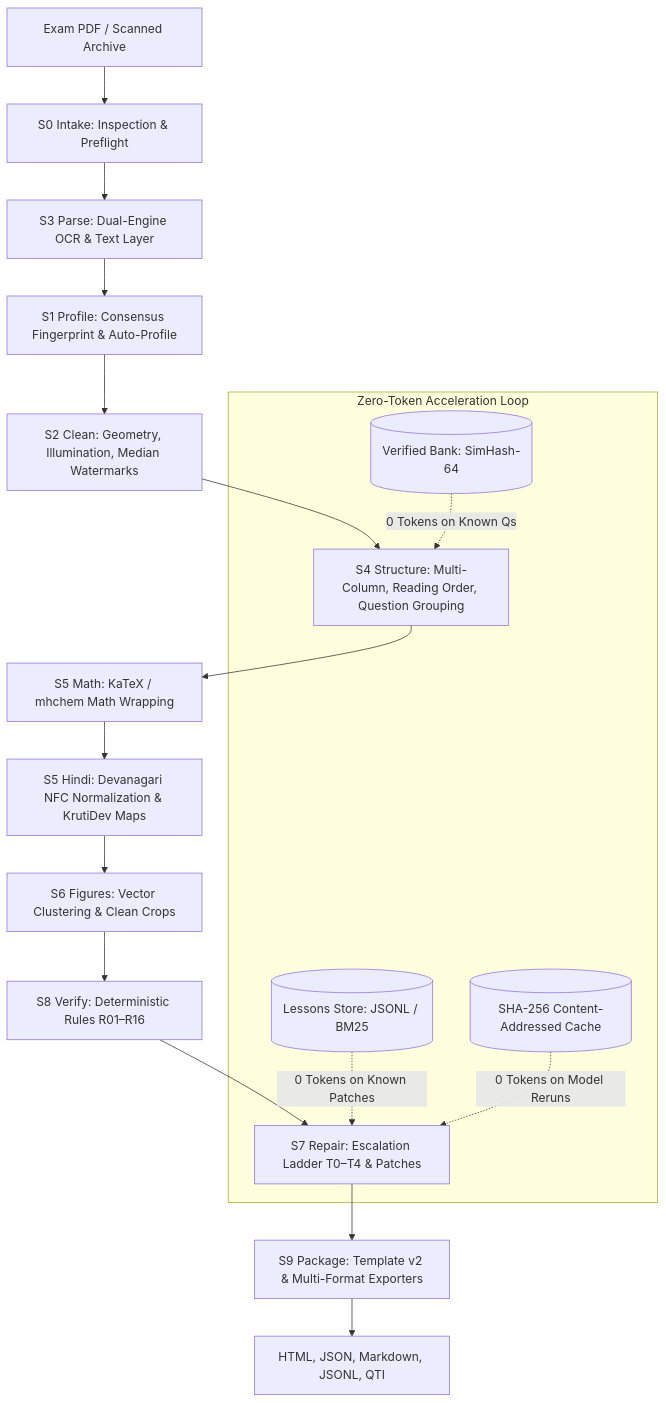
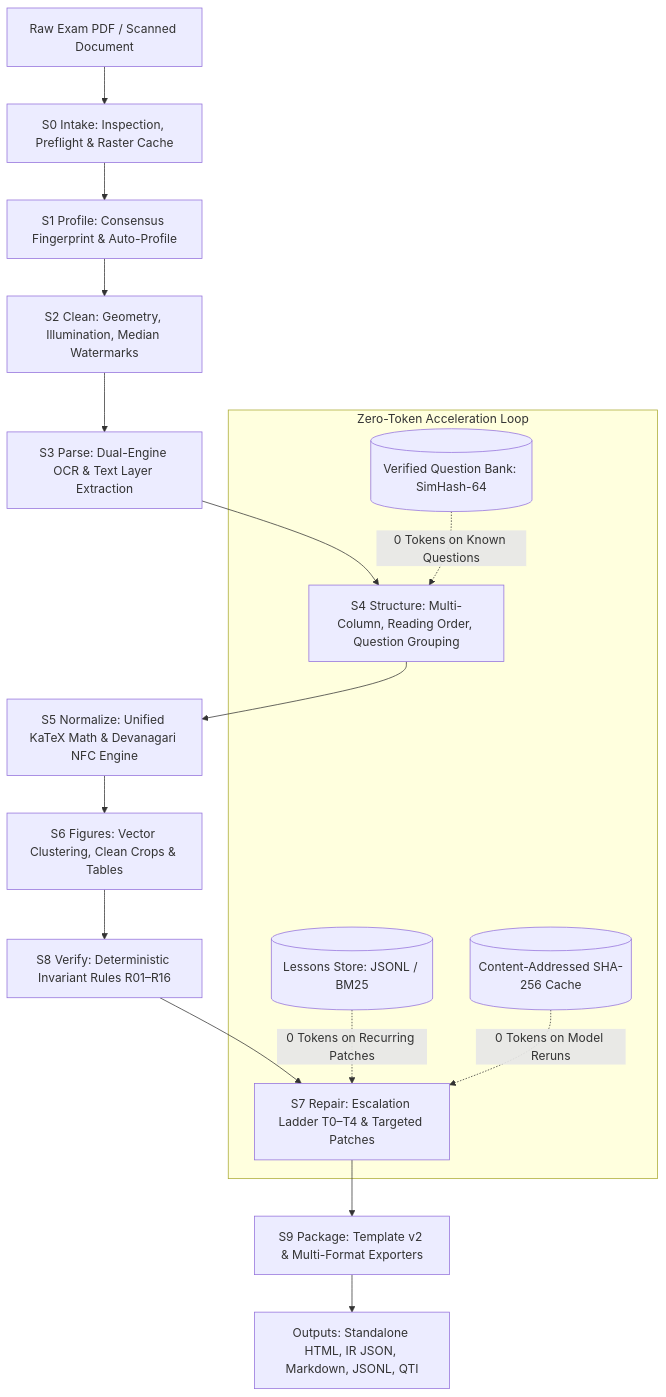
Before and after one commit to Dev-Solanki-09/Pipeline-Paper-reconstruct: the first of 4 diagrams in complete_architecture_map.md, drawn with Mermaid. The commit also changed other lines of this file, not shown here.

Commit message:
docs: expand complete_architecture_map.md with comprehensive how-it-works operational guide

````diff
--- a/complete_architecture_map.md
+++ b/complete_architecture_map.md
@@ -11,21 +11,20 @@
 ```mermaid
 graph TD
-    Input[Exam PDF / Scanned Archive] --> S0[S0 Intake: Inspection & Preflight]
-    S0 --> S3[S3 Parse: Dual-Engine OCR & Text Layer]
-    S3 --> S1[S1 Profile: Consensus Fingerprint & Auto-Profile]
+    Input[Raw Exam PDF / Scanned Document] --> S0[S0 Intake: Inspection, Preflight & Raster Cache]
+    S0 --> S1[S1 Profile: Consensus Fingerprint & Auto-Profile]
     S1 --> S2[S2 Clean: Geometry, Illumination, Median Watermarks]
-    S2 --> S4[S4 Structure: Multi-Column, Reading Order, Question Grouping]
-    S4 --> S5M[S5 Math: KaTeX / mhchem Math Wrapping]
-    S5M --> S5H[S5 Hindi: Devanagari NFC Normalization & KrutiDev Maps]
-    S5H --> S6[S6 Figures: Vector Clustering & Clean Crops]
-    S6 --> S8[S8 Verify: Deterministic Rules R01–R16]
-    S8 --> S7[S7 Repair: Escalation Ladder T0–T4 & Patches]
+    S2 --> S3[S3 Parse: Dual-Engine OCR & Text Layer Extraction]
+    S3 --> S4[S4 Structure: Multi-Column, Reading Order, Question Grouping]
+    S4 --> S5[S5 Normalize: Unified KaTeX Math & Devanagari NFC Engine]
+    S5 --> S6[S6 Figures: Vector Clustering, Clean Crops & Tables]
+    S6 --> S8[S8 Verify: Deterministic Invariant Rules R01–R16]
+    S8 --> S7[S7 Repair: Escalation Ladder T0–T4 & Targeted Patches]
     S7 --> S9[S9 Package: Template v2 & Multi-Format Exporters]
-    S9 --> Outputs[HTML, JSON, Markdown, JSONL, QTI]
+    S9 --> Outputs[Outputs: Standalone HTML, IR JSON, Markdown, JSONL, QTI]
 
     subgraph "Zero-Token Acceleration Loop"
-        Bank[(Verified Bank: SimHash-64)] -.->|0 Tokens on Known Qs| S4
-        Lessons[(Lessons Store: JSONL / BM25)] -.->|0 Tokens on Known Patches| S7
-        Cache[(SHA-256 Content-Addressed Cache)] -.->|0 Tokens on Model Reruns| S7
+        Bank[(Verified Question Bank: SimHash-64)] -.->|0 Tokens on Known Questions| S4
+        Lessons[(Lessons Store: JSONL / BM25)] -.->|0 Tokens on Recurring Patches| S7
+        Cache[(Content-Addressed SHA-256 Cache)] -.->|0 Tokens on Model Reruns| S7
     end
 ```
````
